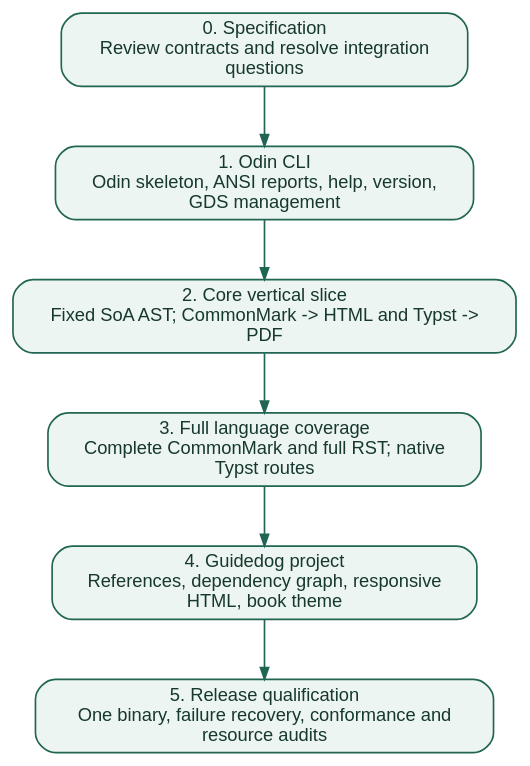
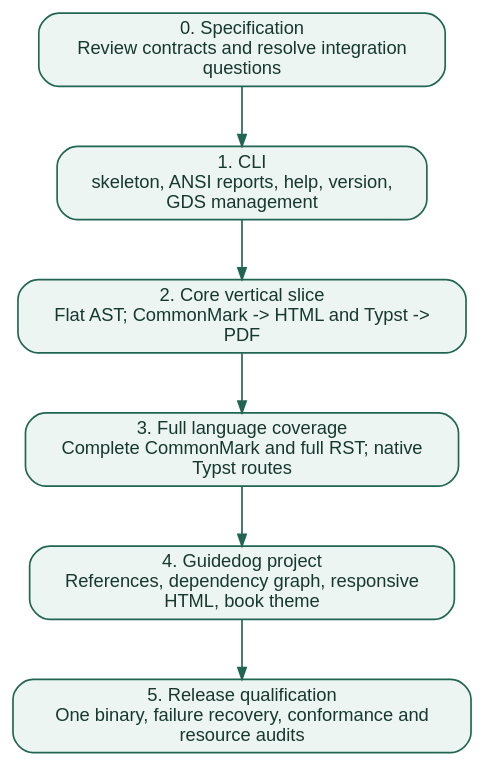
One commit to insanai/guidedog changed the third of 3 diagrams in docs/gds/records/0002-guidedog-cli.rst. Above: the diagram before and after it, drawn with Graphviz. The commit also changed other lines of this file and 3 other files, not shown here.

Commit message:
gds: describe the CLI, budgets and Odin domain records on their own terms

```diff
--- a/docs/gds/records/0002-guidedog-cli.rst
+++ b/docs/gds/records/0002-guidedog-cli.rst
@@ -475,21 +455,21 @@
 .. graphviz::
    :caption: Each phase proves behavior before adding a larger surface. No phase promises speed.
    :alt: Each phase proves behavior before adding a larger surface. No phase promises speed.
 
    digraph design {
      graph [rankdir=TB, bgcolor="transparent", pad="0.3", nodesep="0.4"];
      node [shape=box, style="rounded,filled", fillcolor="#edf5f2",
            color="#216553", fontcolor="#16382f", fontname="Helvetica", fontsize=11];
      edge [color="#216553", arrowsize=0.7];
      n0 [label="0. Specification\nReview contracts and resolve integration\nquestions"];
-     n1 [label="1. Odin CLI\nOdin skeleton, ANSI reports, help, version,\nGDS management"];
-     n2 [label="2. Core vertical slice\nFixed SoA AST; CommonMark -> HTML and Typst ->\nPDF"];
+     n1 [label="1. CLI\nskeleton, ANSI reports, help, version,\nGDS management"];
+     n2 [label="2. Core vertical slice\nFlat AST; CommonMark -> HTML and Typst ->\nPDF"];
      n3 [label="3. Full language coverage\nComplete CommonMark and full RST; native\nTypst routes"];
      n4 [label="4. Guidedog project\nReferences, dependency graph, responsive\nHTML, book theme"];
      n5 [label="5. Release qualification\nOne binary, failure recovery, conformance and\nresource audits"];
      n0 -> n1;
      n1 -> n2;
      n2 -> n3;
      n3 -> n4;
      n4 -> n5;
    }
```
